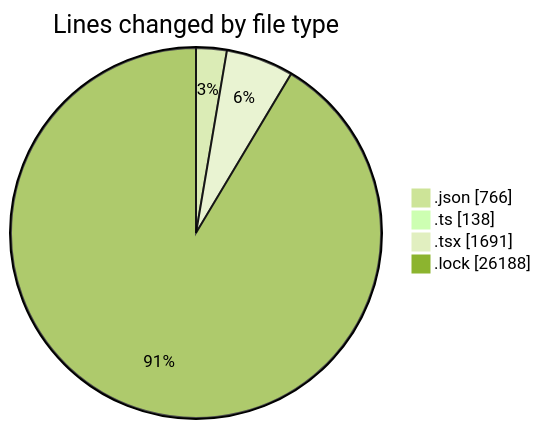
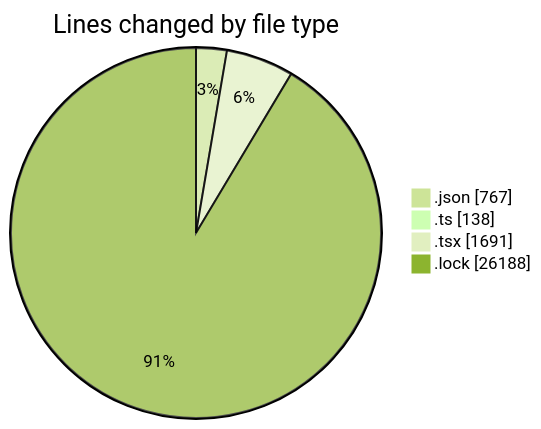
Before and after one commit to momahboobian/code-tracking: the first of 2 diagrams in 2025-05-07/cda/README.md, drawn with Mermaid (forest theme). The commit also changed other lines of this file and 1 other file, not shown here.

````diff
--- a/2025-05-07/cda/README.md
+++ b/2025-05-07/cda/README.md
@@ -46,8 +46,8 @@
 ```mermaid
 pie showData
 title Lines changed by file type
-".json" : 766
+".json" : 767
 ".ts" : 138
 ".tsx" : 1691
 ".lock" : 26188
 ```
````
